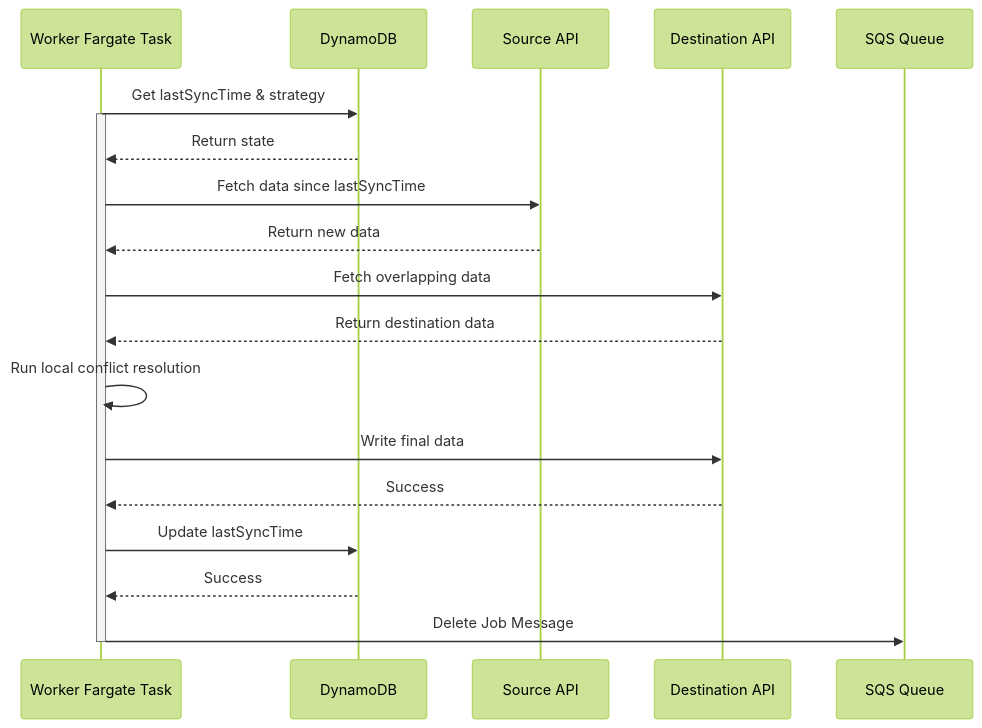
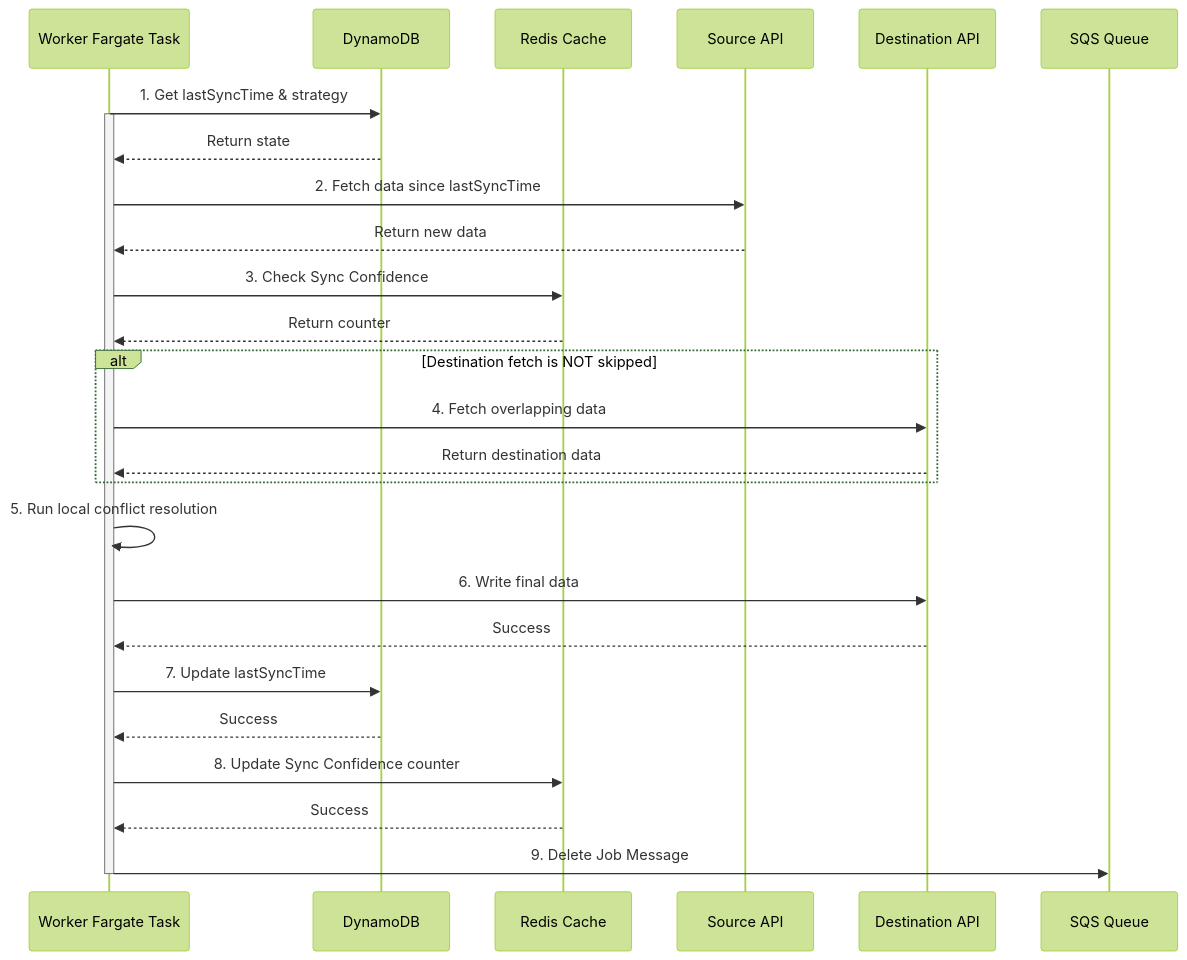
One commit to dino10bit/healthsync changed the second of 4 diagrams in 05-data-sync.md. Above: the diagram before and after it, drawn with Mermaid (forest theme). The commit also changed other lines of this file and 5 other files, not shown here.

First line of the commit message:
docs: Align dependent PRD documents with technical architecture

````diff
--- a/05-data-sync.md
+++ b/05-data-sync.md
@@ -176,25 +182,36 @@
 ```mermaid
 sequenceDiagram
     participant Worker as Worker Fargate Task
     participant DynamoDB as DynamoDB
+    participant Redis as Redis Cache
     participant SourceAPI as Source API
     participant DestAPI as Destination API
     participant SQS as SQS Queue
 
-    Worker->>DynamoDB: Get lastSyncTime & strategy
+    Worker->>DynamoDB: 1. Get lastSyncTime & strategy
     activate Worker
     DynamoDB-->>Worker: Return state
-    Worker->>SourceAPI: Fetch data since lastSyncTime
+    Worker->>SourceAPI: 2. Fetch data since lastSyncTime
     SourceAPI-->>Worker: Return new data
-    Worker->>DestAPI: Fetch overlapping data
-    DestAPI-->>Worker: Return destination data
 
-    Worker->>Worker: Run local conflict resolution
+    Worker->>Redis: 3. Check Sync Confidence
+    Redis-->>Worker: Return counter
 
-    Worker->>DestAPI: Write final data
+    alt Destination fetch is NOT skipped
+        Worker->>DestAPI: 4. Fetch overlapping data
+        DestAPI-->>Worker: Return destination data
+    end
+
+    Worker->>Worker: 5. Run local conflict resolution
+
+    Worker->>DestAPI: 6. Write final data
     DestAPI-->>Worker: Success
-    Worker->>DynamoDB: Update lastSyncTime
+    Worker->>DynamoDB: 7. Update lastSyncTime
     DynamoDB-->>Worker: Success
-    Worker->>SQS: Delete Job Message
+
+    Worker->>Redis: 8. Update Sync Confidence counter
+    Redis-->>Worker: Success
+
+    Worker->>SQS: 9. Delete Job Message
     deactivate Worker
 ```
````
